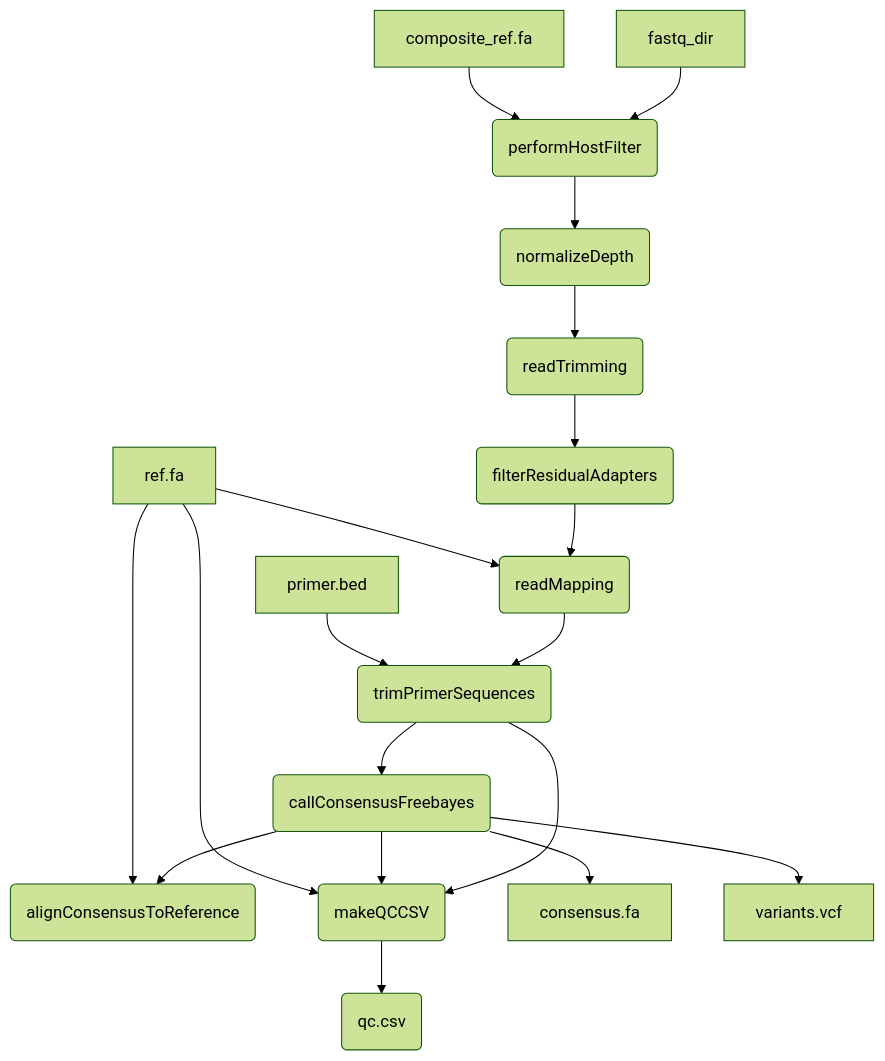
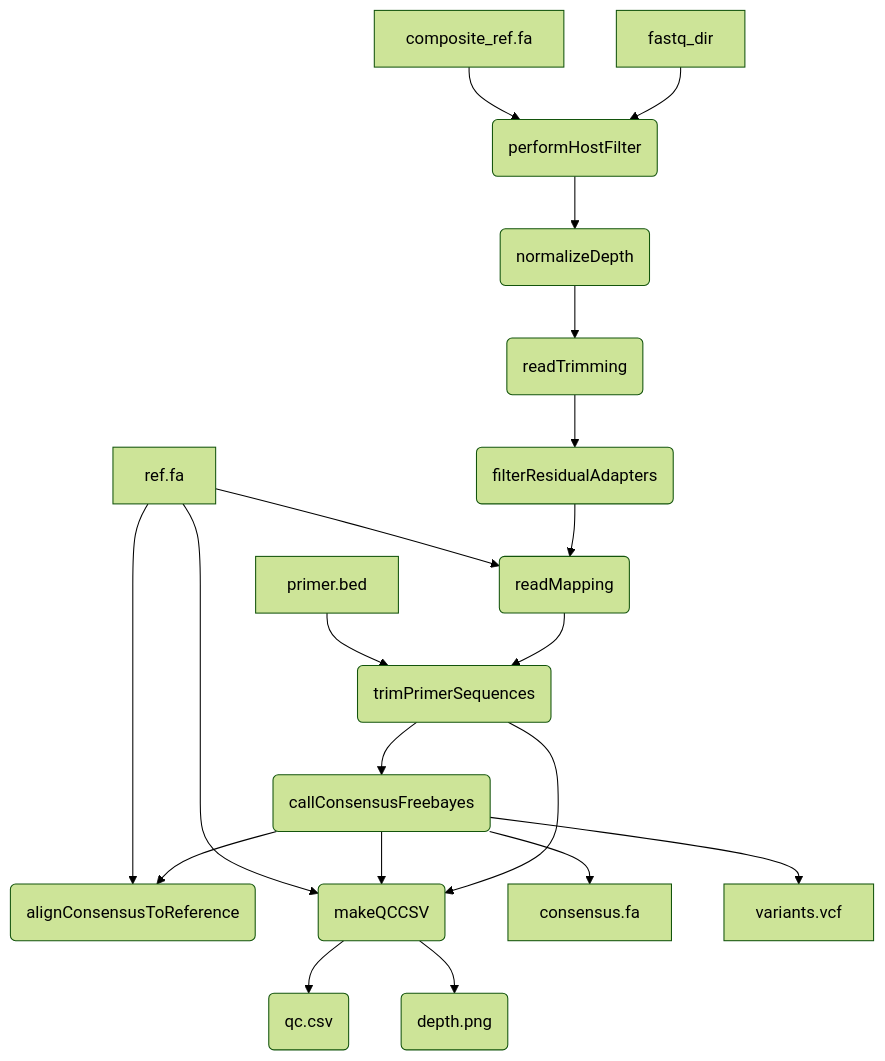
The diagram in README.md (BCCDC-PHL/mpxv-artic-nf), drawn with Mermaid (forest theme) before and after one commit.

Commit message:
Add depth.png to workflow diagram

````diff
--- a/README.md
+++ b/README.md
@@ -10,25 +10,26 @@
 ```mermaid
 flowchart TD
   ref[ref.fa]
   composite_ref[composite_ref.fa]
   primers[primer.bed]
   fastq[fastq_dir]
   fastq --> performHostFilter(performHostFilter)
   composite_ref --> performHostFilter
   performHostFilter(performHostFilter) --> normalizeDepth(normalizeDepth)
   readTrimming(readTrimming) --> filterResidualAdapters(filterResidualAdapters) 
   normalizeDepth(normalizeDepth) --> readTrimming(readTrimming)
   filterResidualAdapters --> readMapping(readMapping)
   ref --> readMapping(readMapping)
   readMapping(readMapping) --> trimPrimerSequences(trimPrimerSequences)
   primers --> trimPrimerSequences(trimPrimerSequences)
   trimPrimerSequences(trimPrimerSequences) --> callConsensusFreebayes(callConsensusFreebayes)
   callConsensusFreebayes(callConsensusFreebayes) --> alignConsensusToReference(alignConsensusToReference)
   ref --> alignConsensusToReference
   trimPrimerSequences --> makeQCCSV(makeQCCSV)
   callConsensusFreebayes --> makeQCCSV
   callConsensusFreebayes --> consensus[consensus.fa]
   callConsensusFreebayes --> variants[variants.vcf]
   ref --> makeQCCSV
   makeQCCSV --> qcCSV(qc.csv)
+  makeQCCSV --> depthPNG(depth.png)
 ```
````
